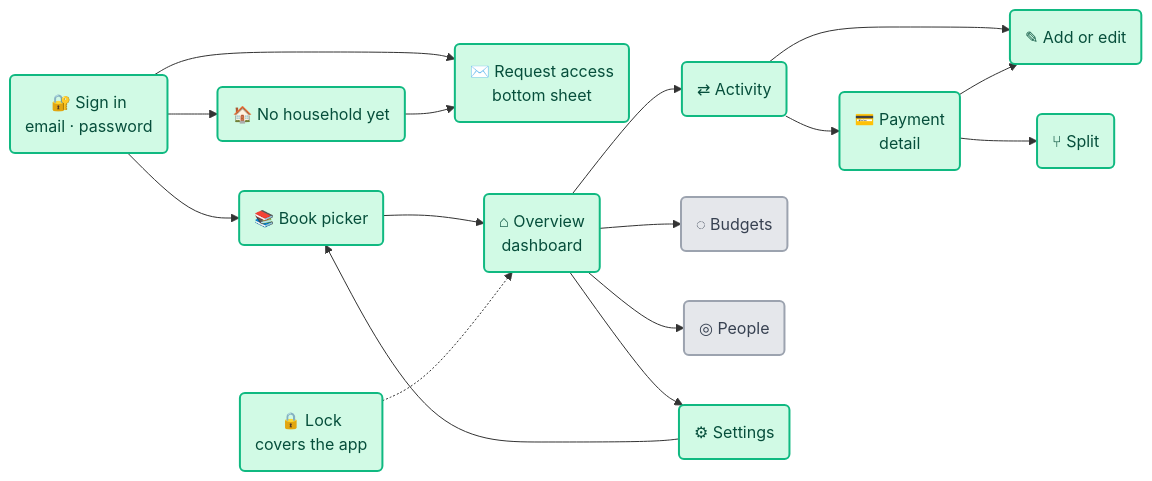
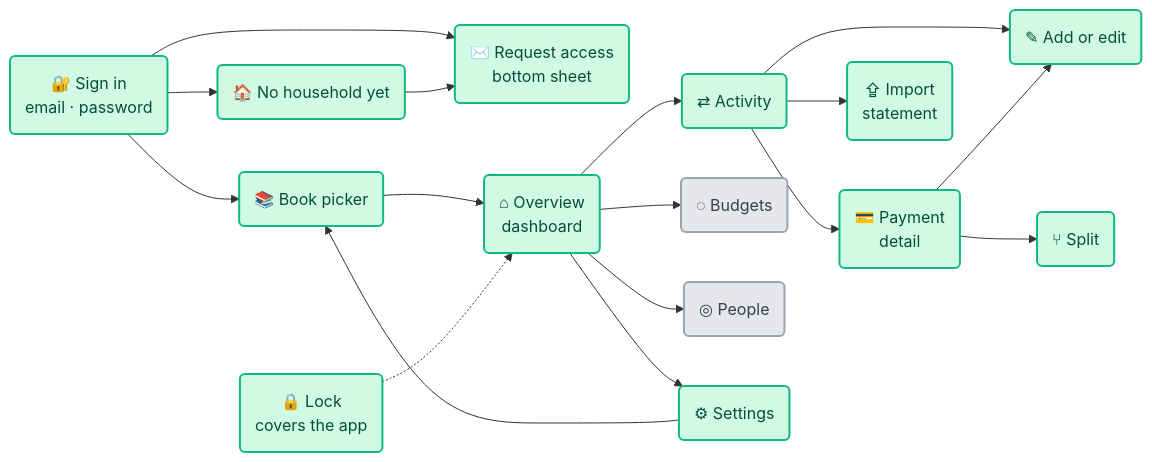
Before and after one commit to EasyLance/paisa: the diagram in Mobile App/docs/design.md, drawn with Mermaid. The commit also changed other lines of this file and 39 other files, not shown here.

````diff
--- a/Mobile App/docs/design.md
+++ b/Mobile App/docs/design.md
@@ -118,37 +128,39 @@
 ```mermaid
 flowchart LR
     SI("🔐 Sign in<br/>email · password")
     RA("✉️ Request access<br/>bottom sheet")
     NH("🏠 No household yet")
     BP("📚 Book picker")
     O("⌂ Overview<br/>dashboard")
     A("⇄ Activity")
     D("💳 Payment<br/>detail")
     F("✎ Add or edit")
+    IM("⇪ Import<br/>statement")
     SP("⑂ Split")
     B("◌ Budgets")
     P("◎ People")
     S("⚙ Settings")
     L("🔒 Lock<br/>covers the app")
 
     SI --> RA
     SI --> BP
     SI --> NH
     NH --> RA
     BP --> O
     O --> A
     A --> D
     A --> F
+    A --> IM
     D --> F
     D --> SP
     O --> B
     O --> P
     O --> S
     S --> BP
     L -.-> O
 
     classDef built fill:#d1fae5,stroke:#10b981,stroke-width:2px,color:#064e3b
     classDef todo fill:#e5e7eb,stroke:#9ca3af,stroke-width:2px,color:#374151
-    class SI,RA,NH,BP,O,S,L,A,D,F,SP built
+    class SI,RA,NH,BP,O,S,L,A,D,F,SP,IM built
     class B,P todo
 ```
````
